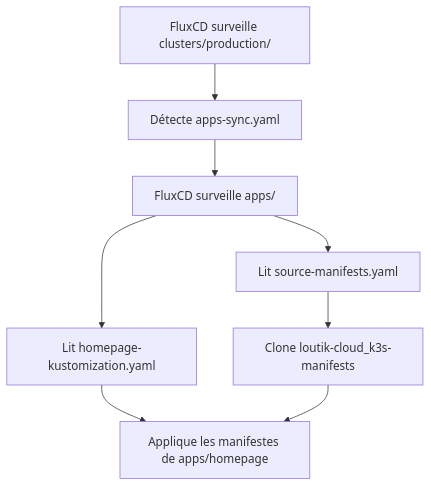
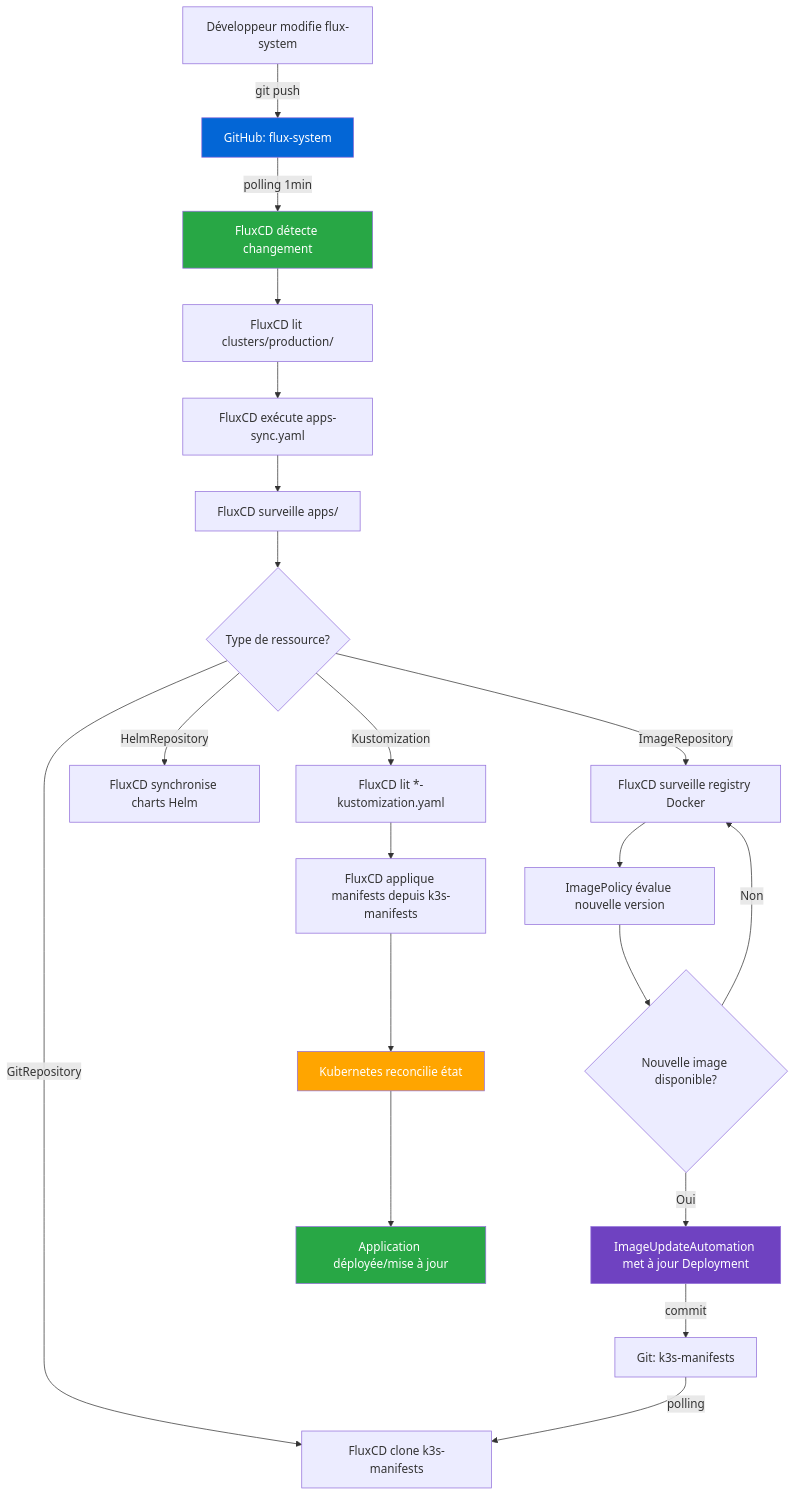
One commit to FireToak/loutik-cloud_k3s-flux-system changed the diagram in readme.md. Above: the diagram before and after it, drawn with Mermaid. The commit also changed other lines of this file, not shown here.

Commit message:
readme.md: mise à jour du contenu

````diff
--- a/readme.md
+++ b/readme.md
@@ -121,10 +438,32 @@
 ```mermaid
 graph TD
-    A[FluxCD surveille clusters/production/] --> B[Détecte apps-sync.yaml]
-    B --> C[FluxCD surveille apps/]
-    C --> D[Lit source-manifests.yaml]
-    D --> E[Clone loutik-cloud_k3s-manifests]
-    C --> F[Lit homepage-kustomization.yaml]
-    F --> G[Applique les manifestes de apps/homepage]
-    E --> G
+    A[Développeur modifie flux-system] -->|git push| B[GitHub: flux-system]
+    B -->|polling 1min| C[FluxCD détecte changement]
+    C --> D[FluxCD lit clusters/production/]
+    D --> E[FluxCD exécute apps-sync.yaml]
+    E --> F[FluxCD surveille apps/]
+    F --> G{Type de ressource?}
+    
+    G -->|GitRepository| H[FluxCD clone k3s-manifests]
+    G -->|Kustomization| I[FluxCD lit *-kustomization.yaml]
+    G -->|HelmRepository| J[FluxCD synchronise charts Helm]
+    G -->|ImageRepository| K[FluxCD surveille registry Docker]
+    
+    I --> L[FluxCD applique manifests depuis k3s-manifests]
+    L --> M[Kubernetes reconcilie état]
+    
+    K --> N[ImagePolicy évalue nouvelle version]
+    N --> O{Nouvelle image disponible?}
+    O -->|Oui| P[ImageUpdateAutomation met à jour Deployment]
+    P -->|commit| Q[Git: k3s-manifests]
+    Q -->|polling| H
+    O -->|Non| K
+    
+    M --> R[Application déployée/mise à jour]
+    
+    style B fill:#0366d6,color:#fff
+    style C fill:#28a745,color:#fff
+    style M fill:#ffa500,color:#fff
+    style R fill:#28a745,color:#fff
+    style P fill:#6f42c1,color:#fff
 ```
````
